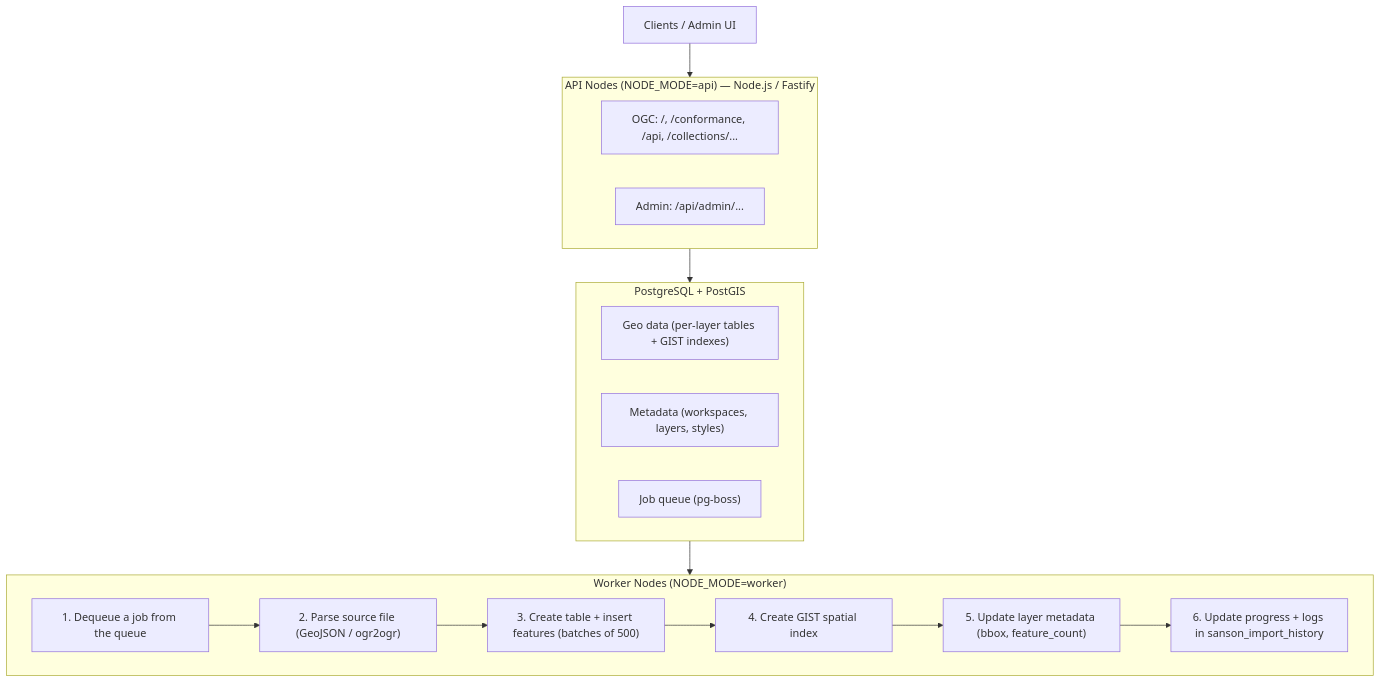
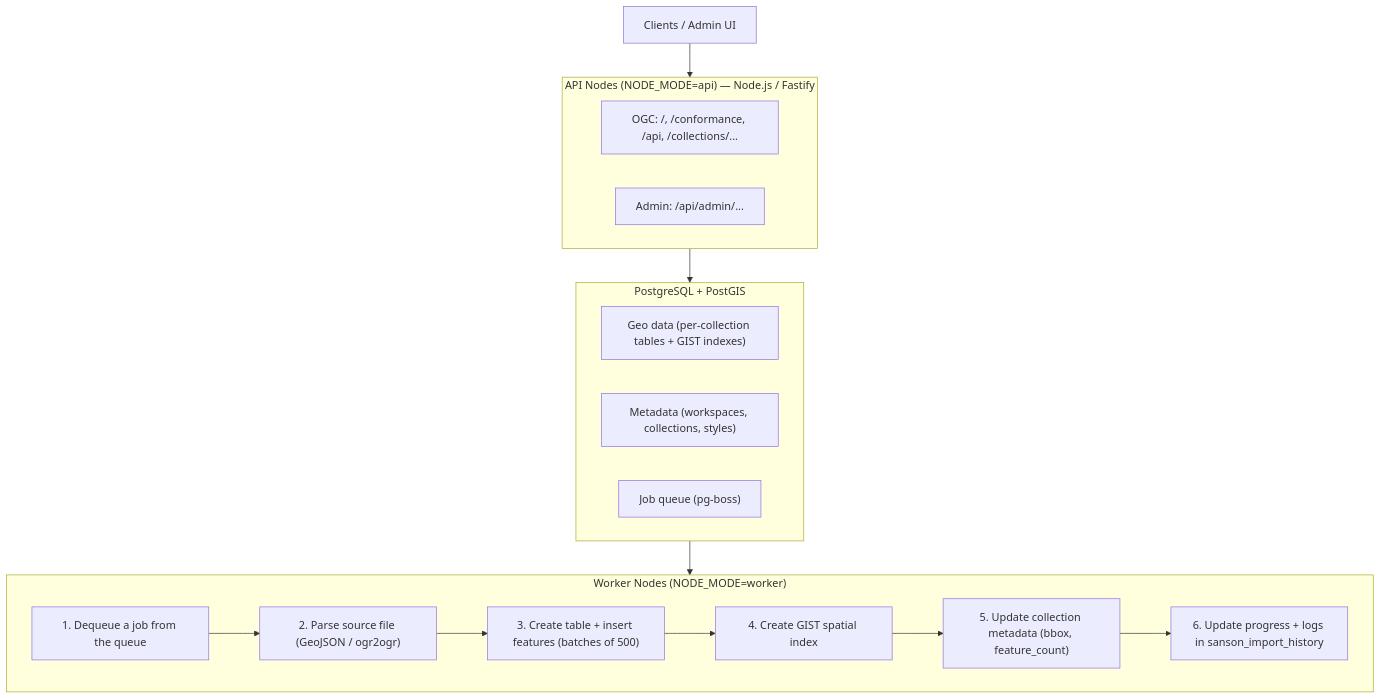
Before and after one commit to sebprunier/sanson: the first of 2 diagrams in SPECS.md, drawn with Mermaid. The commit also changed other lines of this file and 37 other files, not shown here.

First line of the commit message:
rename Layer → Collection across the entire codebase

````diff
--- a/SPECS.md
+++ b/SPECS.md
@@ -120,29 +120,29 @@
 ```mermaid
 graph TD
     Clients["Clients / Admin UI"]
 
     subgraph API ["API Nodes (NODE_MODE=api) — Node.js / Fastify"]
         OGC["OGC: /, /conformance, /api, /collections/..."]
         Admin["Admin: /api/admin/..."]
     end
 
     subgraph DB ["PostgreSQL + PostGIS"]
-        GeoData["Geo data (per-layer tables + GIST indexes)"]
-        Meta["Metadata (workspaces, layers, styles)"]
+        GeoData["Geo data (per-collection tables + GIST indexes)"]
+        Meta["Metadata (workspaces, collections, styles)"]
         Queue["Job queue (pg-boss)"]
     end
 
     subgraph Worker ["Worker Nodes (NODE_MODE=worker)"]
         W1["1. Dequeue a job from the queue"]
         W2["2. Parse source file (GeoJSON / ogr2ogr)"]
         W3["3. Create table + insert features (batches of 500)"]
         W4["4. Create GIST spatial index"]
-        W5["5. Update layer metadata (bbox, feature_count)"]
+        W5["5. Update collection metadata (bbox, feature_count)"]
         W6["6. Update progress + logs in sanson_import_history"]
         W1 --> W2 --> W3 --> W4 --> W5 --> W6
     end
 
     Clients --> API
     API --> DB
     DB --> Worker
 ```
````
